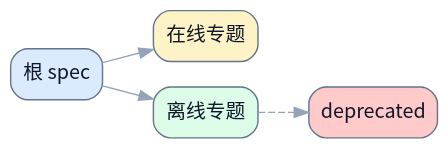
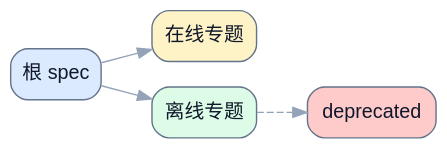
One commit to terencefan/inority-workspace changed the diagram in skills/write-doc/tests/assets/directory-overview/README.md. Above: the diagram before and after it, drawn with Graphviz. The commit also changed 36 other files, not shown here.

Commit message:
feat: standardize project docs and CJK diagrams

````diff
--- a/skills/write-doc/tests/assets/directory-overview/README.md
+++ b/skills/write-doc/tests/assets/directory-overview/README.md
@@ -44,17 +44,17 @@
 ```dot
 digraph ReadingOrder {
   rankdir=LR;
-  graph [bgcolor="transparent", fontname="Noto Sans CJK SC"];
-  node [fontname="Noto Sans CJK SC", shape=box, style="rounded,filled", color="#64748b", fontcolor="#0f172a", fillcolor="#f8fafc"];
-  edge [fontname="Noto Sans CJK SC", color="#94a3b8", fontcolor="#94a3b8"];
+  graph [bgcolor="transparent", fontname="sans-serif"];
+  node [fontname="sans-serif", shape=box, style="rounded,filled", color="#64748b", fontcolor="#0f172a", fillcolor="#f8fafc"];
+  edge [fontname="sans-serif", color="#94a3b8", fontcolor="#94a3b8"];
 
   root [label="根 spec", fillcolor="#dbeafe"];
   online [label="在线专题", fillcolor="#fef3c7"];
   offline [label="离线专题", fillcolor="#dcfce7"];
   deprecated [label="deprecated", fillcolor="#fecaca"];
 
   root -> online;
   root -> offline;
   offline -> deprecated [style=dashed];
 }
 ```
````
